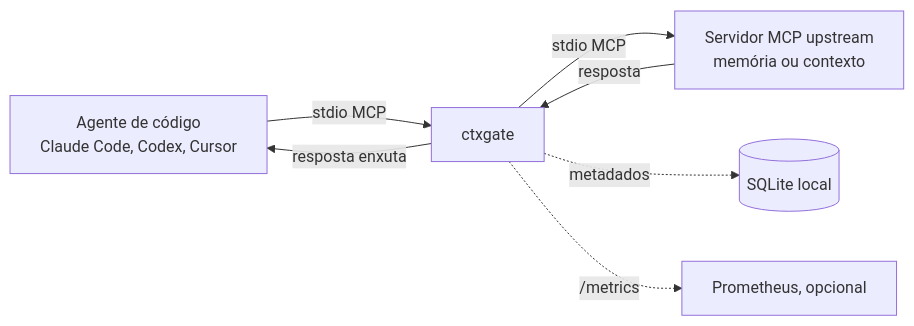
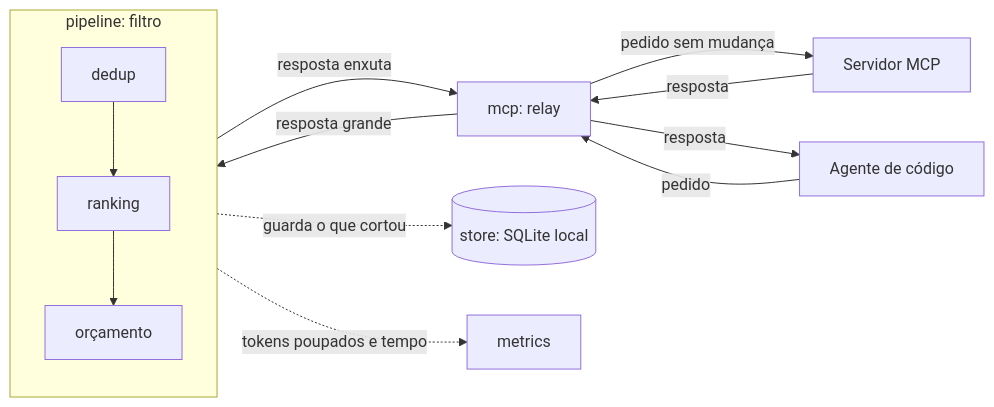
Before and after one commit to Viniciuscarvalho/ctxgate: the diagram in README.md, drawn with Mermaid. The commit also changed other lines of this file and 1 other file, not shown here.

Commit message:
docs: diagrama de arquitetura no README (CTX-S6-01) (#5)

````diff
--- a/README.md
+++ b/README.md
@@ -19,9 +11,14 @@
 ```mermaid
 flowchart LR
-  A[Agente de código<br/>Claude Code, Codex, Cursor] -- stdio MCP --> G[ctxgate]
-  G -- stdio MCP --> U[Servidor MCP upstream<br/>memória ou contexto]
-  U -- resposta --> G
-  G -- resposta enxuta --> A
-  G -. metadados .-> S[(SQLite local)]
-  G -. /metrics .-> P[Prometheus, opcional]
+    A[Agente de código] -->|pedido| R[mcp: relay]
+    R -->|pedido sem mudança| U[Servidor MCP]
+    U -->|resposta| R
+    R -->|resposta grande| P
+    subgraph P[pipeline: filtro]
+        D[dedup] --> K[ranking] --> O[orçamento]
+    end
+    P -->|resposta enxuta| R
+    R -->|resposta| A
+    P -.->|guarda o que cortou| S[(store: SQLite local)]
+    P -.->|tokens poupados e tempo| M[metrics]
 ```
````
